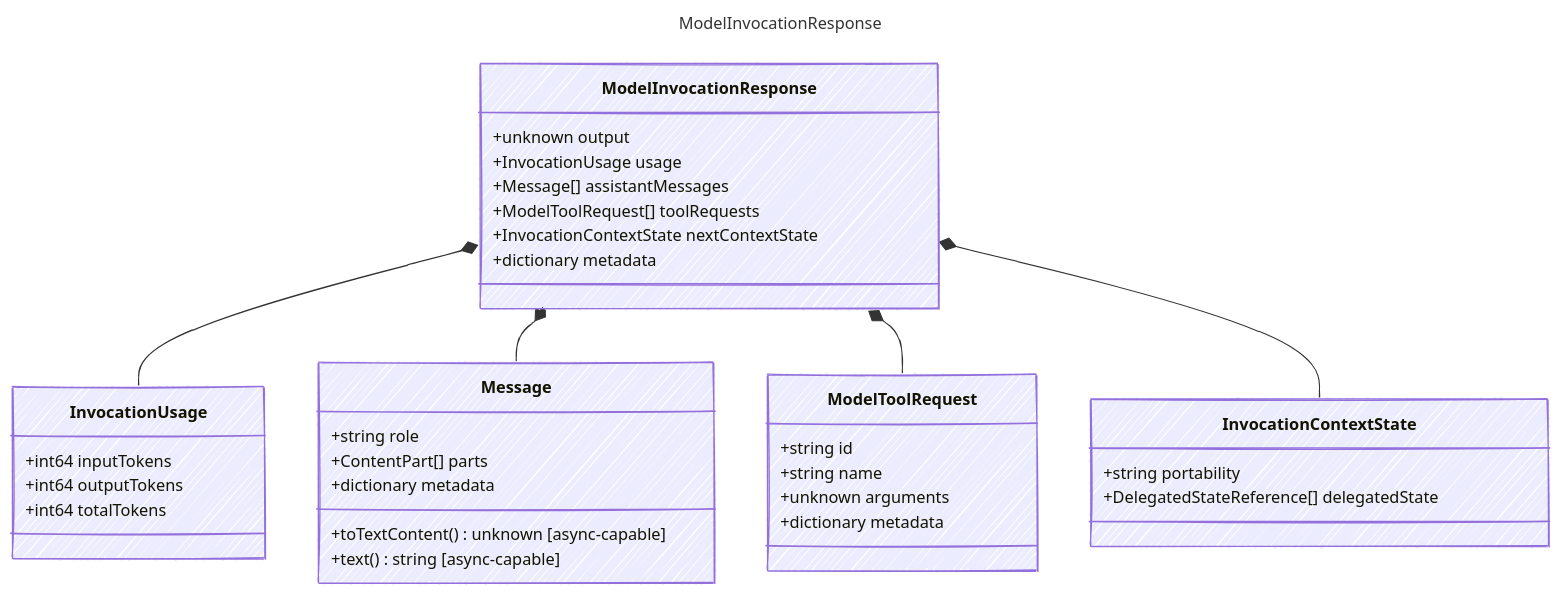
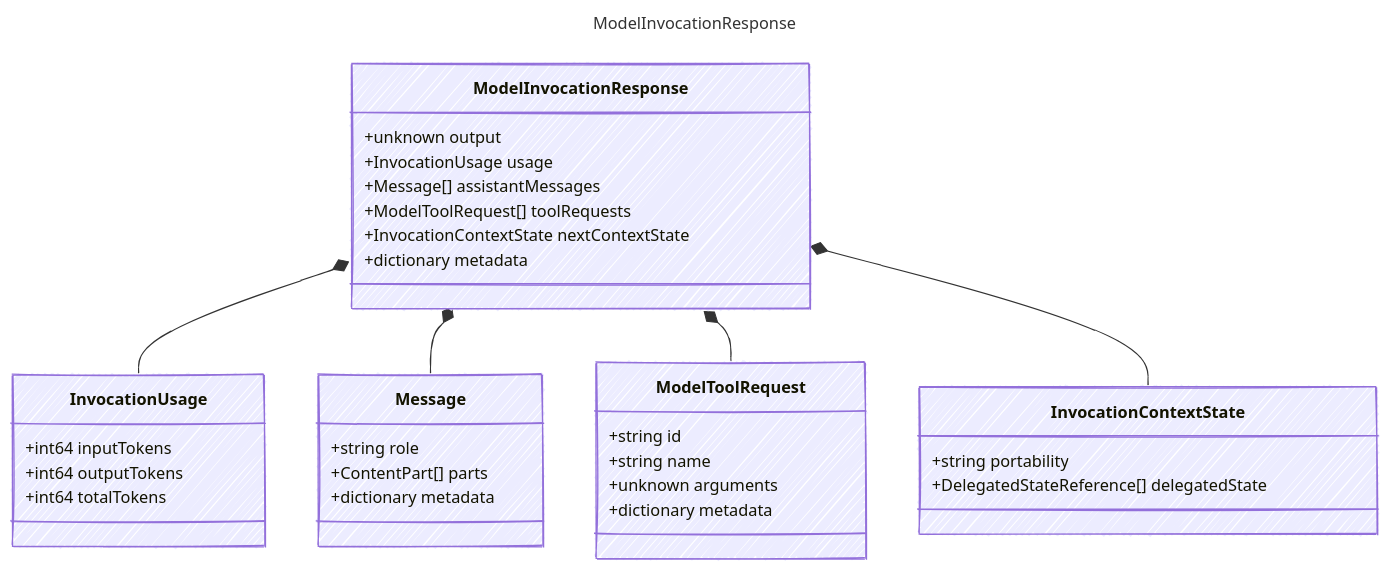
One commit to microsoft/prompty changed the diagram in web/src/content/docs/reference/ModelInvocationResponse.md. Above: the diagram before and after it, drawn with Mermaid. The commit also changed 543 other files, not shown here.

````diff
--- a/web/src/content/docs/reference/ModelInvocationResponse.md
+++ b/web/src/content/docs/reference/ModelInvocationResponse.md
@@ -15,45 +15,43 @@
 ```mermaid
 ---
 title: ModelInvocationResponse
 config:
   look: handDrawn
   theme: colorful
   class:
     hideEmptyMembersBox: true
 ---
 classDiagram
     class ModelInvocationResponse {
         +unknown output
         +InvocationUsage usage
         +Message[] assistantMessages
         +ModelToolRequest[] toolRequests
         +InvocationContextState nextContextState
         +dictionary metadata
     }
     class InvocationUsage {
         +int64 inputTokens
         +int64 outputTokens
         +int64 totalTokens
     }
     ModelInvocationResponse *-- InvocationUsage
     class Message {
         +string role
         +ContentPart[] parts
         +dictionary metadata
-        +toTextContent() unknown [async-capable]
-        +text() string [async-capable]
     }
     ModelInvocationResponse *-- Message
     class ModelToolRequest {
         +string id
         +string name
         +unknown arguments
         +dictionary metadata
     }
     ModelInvocationResponse *-- ModelToolRequest
     class InvocationContextState {
         +string portability
         +DelegatedStateReference[] delegatedState
     }
     ModelInvocationResponse *-- InvocationContextState
 ```
````
